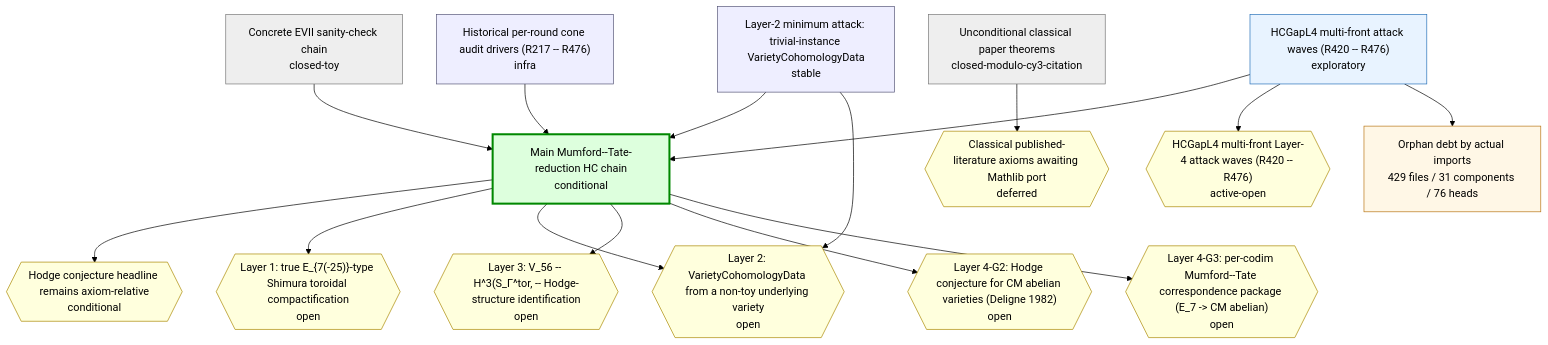
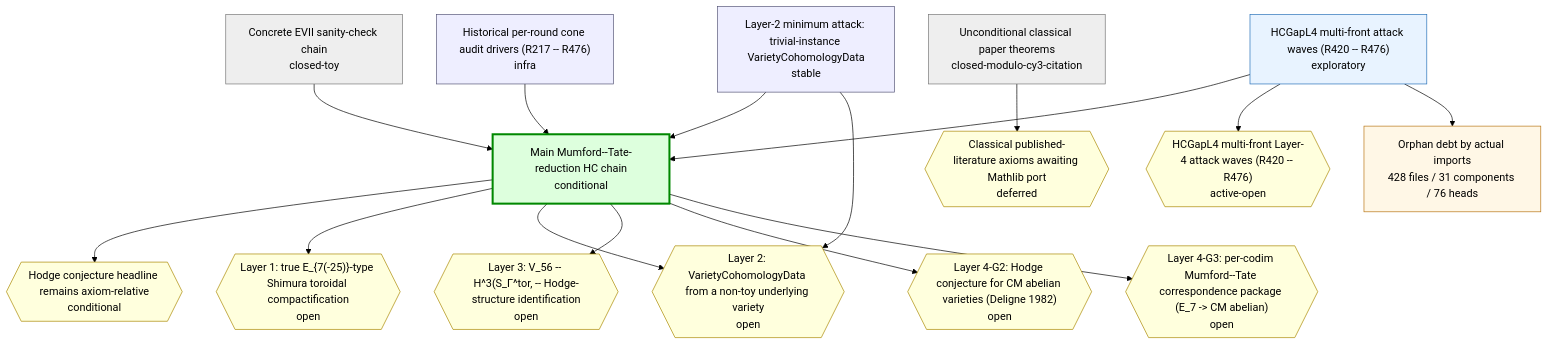
One commit to crabsatellite/hodge-conjecture-lean4-formalization changed the first of 2 diagrams in chain-status/research-map.md. Above: the diagram before and after it, drawn with Mermaid (forest theme). The commit also changed other lines of this file and 17 other files, not shown here.

````diff
--- a/chain-status/research-map.md
+++ b/chain-status/research-map.md
@@ -32,44 +32,44 @@
 ```mermaid
 graph TD
   classDef main fill:#dfd,stroke:#080,stroke-width:3px
   classDef active fill:#e8f3ff,stroke:#2670b8
   classDef support fill:#eef,stroke:#557
   classDef closed fill:#eee,stroke:#777
   classDef dead fill:#fdd,stroke:#a00,stroke-width:2px
   classDef gapOpen fill:#ffd,stroke:#a80
   classDef gapClosed fill:#eee,stroke:#777
   classDef gapDead fill:#fdd,stroke:#a00
   classDef debt fill:#fff7e6,stroke:#b87514
   classDef debtTaxonomy fill:#e8f3ff,stroke:#2670b8,stroke-dasharray:3 3
   classDef debtRule fill:#eefbea,stroke:#398439,stroke-dasharray:3 3
   classDef debtDead fill:#fdd,stroke:#a00,stroke-dasharray:3 3
   chain_main_hc_axiom_relative["Main Mumford--Tate-reduction HC chain\nconditional"]:::main
   chain_unconditional_classical["Unconditional classical paper theorems\nclosed-modulo-cy3-citation"]:::closed
   chain_hcgap_l2_trivial_instances["Layer-2 minimum attack: trivial-instance VarietyCohomologyData\nstable"]:::support
   chain_hcgap_l4_multifront_active["HCGapL4 multi-front attack waves (R420 -- R476)\nexploratory"]:::active
   chain_concrete_evii_toy["Concrete EVII sanity-check chain\nclosed-toy"]:::closed
   chain_historical_cone_audits["Historical per-round cone audit drivers (R217 -- R476)\ninfra"]:::support
   gap_G_main_hc{{"Hodge conjecture headline remains axiom-relative\nconditional"}}:::gapOpen
   gap_G_l1_e7_shimura_tor{{"Layer 1: true E_{7(-25)}-type Shimura toroidal compactification\nopen"}}:::gapOpen
   gap_G_l2_cohomology_construction{{"Layer 2: VarietyCohomologyData from a non-toy underlying variety\nopen"}}:::gapOpen
   gap_G_l3_v56_mt_identification{{"Layer 3: V_56 -- H^3(S_Γ^tor, -- Hodge-structure identification\nopen"}}:::gapOpen
   gap_G_l4_cm_abelian_hc{{"Layer 4-G2: Hodge conjecture for CM abelian varieties (Deligne 1982)\nopen"}}:::gapOpen
   gap_G_l4_mt_correspondence{{"Layer 4-G3: per-codim Mumford--Tate correspondence package (E_7 -> CM abelian)\nopen"}}:::gapOpen
   gap_G_classical_mathlib_port{{"Classical published-literature axioms awaiting Mathlib port\ndeferred"}}:::gapOpen
   gap_G_hcgap_l4_multifront{{"HCGapL4 multi-front Layer-4 attack waves (R420 -- R476)\nactive-open"}}:::gapOpen
   chain_main_hc_axiom_relative --> gap_G_main_hc
   chain_main_hc_axiom_relative --> gap_G_l1_e7_shimura_tor
   chain_main_hc_axiom_relative --> gap_G_l2_cohomology_construction
   chain_main_hc_axiom_relative --> gap_G_l3_v56_mt_identification
   chain_main_hc_axiom_relative --> gap_G_l4_cm_abelian_hc
   chain_main_hc_axiom_relative --> gap_G_l4_mt_correspondence
   chain_unconditional_classical --> gap_G_classical_mathlib_port
   chain_hcgap_l2_trivial_instances --> chain_main_hc_axiom_relative
   chain_hcgap_l2_trivial_instances --> gap_G_l2_cohomology_construction
   chain_hcgap_l4_multifront_active --> chain_main_hc_axiom_relative
   chain_hcgap_l4_multifront_active --> gap_G_hcgap_l4_multifront
   chain_concrete_evii_toy --> chain_main_hc_axiom_relative
   chain_historical_cone_audits --> chain_main_hc_axiom_relative
-  debt_all["Orphan debt by actual imports\n429 files / 31 components / 76 heads"]:::debt
+  debt_all["Orphan debt by actual imports\n428 files / 31 components / 76 heads"]:::debt
   chain_hcgap_l4_multifront_active --> debt_all
 ```
````
